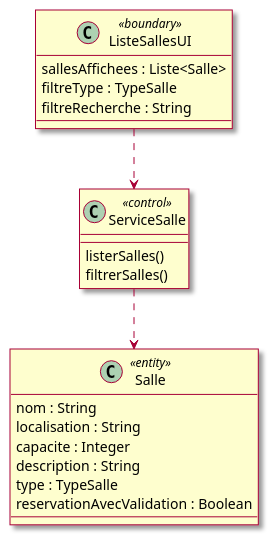
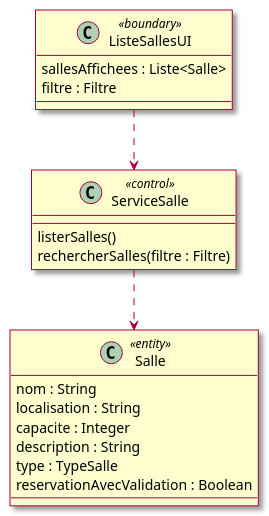
One commit to mrajaonson/glg204-room-management-system changed diagram 24 of 60 in docs/02-Analyse.md. Above: the diagram before and after it, drawn with PlantUML. The commit also changed other lines of this file and 4 other files, not shown here.

````diff
--- a/docs/02-Analyse.md
+++ b/docs/02-Analyse.md
@@ -796,30 +796,29 @@
 ```plantuml
 @startuml
 skin rose
 
 class ListeSallesUI <<boundary>> {
   sallesAffichees : Liste<Salle>
-  filtreType : TypeSalle
-  filtreRecherche : String
+  filtre : Filtre
 }
 
 class ServiceSalle <<control>> {
   listerSalles()
-  filtrerSalles()
+  rechercherSalles(filtre : Filtre)
 }
 
 class Salle <<entity>> {
   nom : String
   localisation : String
   capacite : Integer
   description : String
   type : TypeSalle
   reservationAvecValidation : Boolean
 
 }
 
 ListeSallesUI ..> ServiceSalle
 ServiceSalle ..> Salle
 
 @enduml
 ```
````
